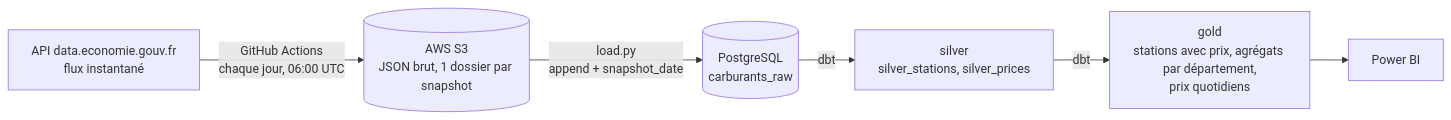
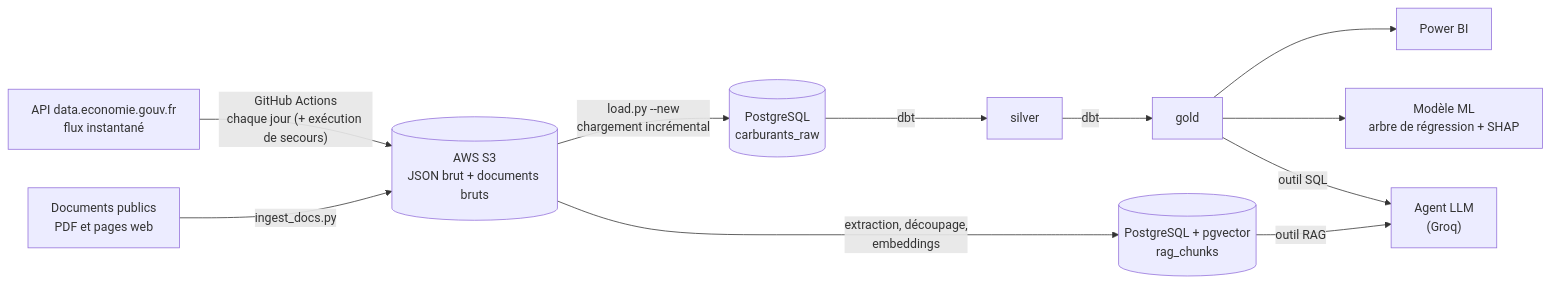
The diagram in README.md (Eloish/projet_carburants), drawn with Mermaid before and after one commit. The commit also changed other lines of this file, not shown here.

````diff
--- a/README.md
+++ b/README.md
@@ -17,8 +22,13 @@
 ```mermaid
 flowchart LR
-    API["API data.economie.gouv.fr<br/>flux instantané"] -->|"GitHub Actions<br/>chaque jour, 06:00 UTC"| S3[("AWS S3<br/>JSON brut, 1 dossier par snapshot")]
-    S3 -->|"load.py<br/>append + snapshot_date"| RAW[("PostgreSQL<br/>carburants_raw")]
-    RAW -->|dbt| SILVER["silver<br/>silver_stations, silver_prices"]
-    SILVER -->|dbt| GOLD["gold<br/>stations avec prix, agrégats par département,<br/>prix quotidiens"]
+    API["API data.economie.gouv.fr<br/>flux instantané"] -->|"GitHub Actions<br/>chaque jour (+ exécution de secours)"| S3[("AWS S3<br/>JSON brut + documents bruts")]
+    DOCS["Documents publics<br/>PDF et pages web"] -->|ingest_docs.py| S3
+    S3 -->|"load.py --new<br/>chargement incrémental"| RAW[("PostgreSQL<br/>carburants_raw")]
+    RAW -->|dbt| SILVER["silver"]
+    SILVER -->|dbt| GOLD["gold"]
     GOLD --> PBI["Power BI"]
+    GOLD --> ML["Modèle ML<br/>arbre de régression + SHAP"]
+    S3 -->|"extraction, découpage,<br/>embeddings"| VEC[("PostgreSQL + pgvector<br/>rag_chunks")]
+    GOLD -->|"outil SQL"| AGENT["Agent LLM<br/>(Groq)"]
+    VEC -->|"outil RAG"| AGENT
 ```
````
